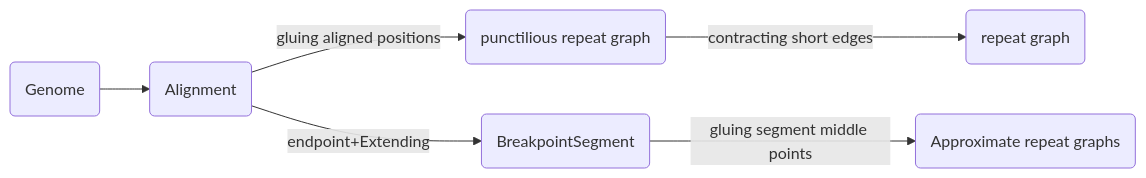
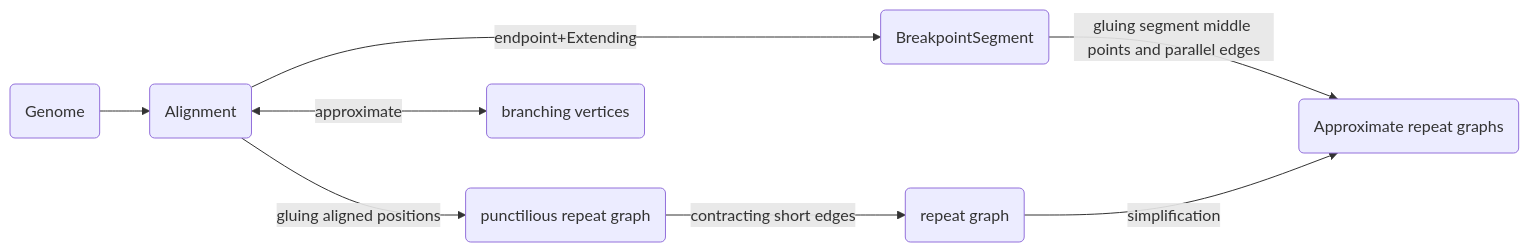
One commit to Wu-Haonan/Wu-Haonan.github.io changed the diagram in _posts/2021-07-14-Flye.md. Above: the diagram before and after it, drawn with Mermaid.

````diff
--- a/_posts/2021-07-14-Flye.md
+++ b/_posts/2021-07-14-Flye.md
@@ -88,9 +88,10 @@
 ```mermaid
 graph LR;
     A(Genome)-->B(Alignment);
-    B-->|gluing aligned positions|C(punctilious repeat graph);
-    C-->|contracting short edges|D(repeat graph);
-    B-->|endpoint+Extending|E(BreakpointSegment);
-    E-->|gluing segment middle points|F(Approximate repeat graphs);
-
+    B-->| gluing aligned positions|C(punctilious repeat graph);
+    C-->| contracting short edges|D(repeat graph);
+    B-->| endpoint+Extending|E(BreakpointSegment);
+    E-->| gluing segment middle points and parallel edges|F(Approximate repeat graphs);
+    D-->| simplification|F;
+    B<-->| approximate|G(branching vertices);
 ```
````
